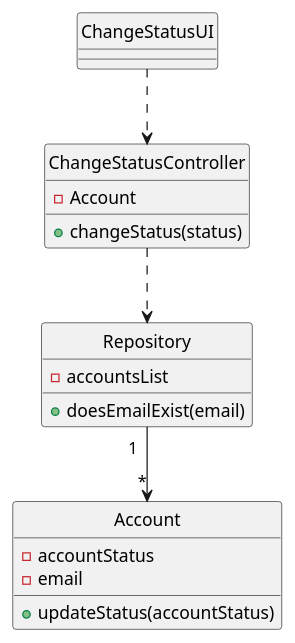
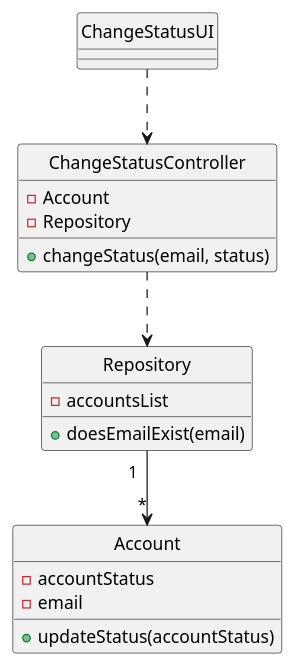
Before and after one commit to Loracline/project_switch_22-23: the diagram in docs/modelling_design/user_stories/us005/US005_Class_Diagram.puml, drawn with PlantUML. The commit also changed 8 other files, not shown here.

Commit message:
US001,002,003,004,005,006: Design:  -Refinement of class diagrams  -Refinement US005 and US006 sequence diagrams;  -Refinement of system sequence diagram;

```diff
--- a/docs/modelling_design/user_stories/us005/US005_Class_Diagram.puml
+++ b/docs/modelling_design/user_stories/us005/US005_Class_Diagram.puml
@@ -1,32 +1,33 @@
 @startuml
 
 class "ChangeStatusUI"
 class "ChangeStatusController"
 class "Repository"
 class "Account"
 
 "ChangeStatusUI" ..> "ChangeStatusController"
 "ChangeStatusController"  ..> "Repository"
 "Repository" "1  " -->"*" "Account"
 
 class "ChangeStatusController"{
 -Account
-+changeStatus(status)
+-Repository
++changeStatus(email, status)
 }
 class "Repository"{
 -accountsList
 +doesEmailExist(email)
 }
 
 class Account{
 - accountStatus
 -email
 + updateStatus(accountStatus)
 }
 
 hide "ChangeStatusUI" circle
 hide "ChangeStatusController" circle
 hide "Repository" circle
 hide "Account" circle
 
 @enduml
```
